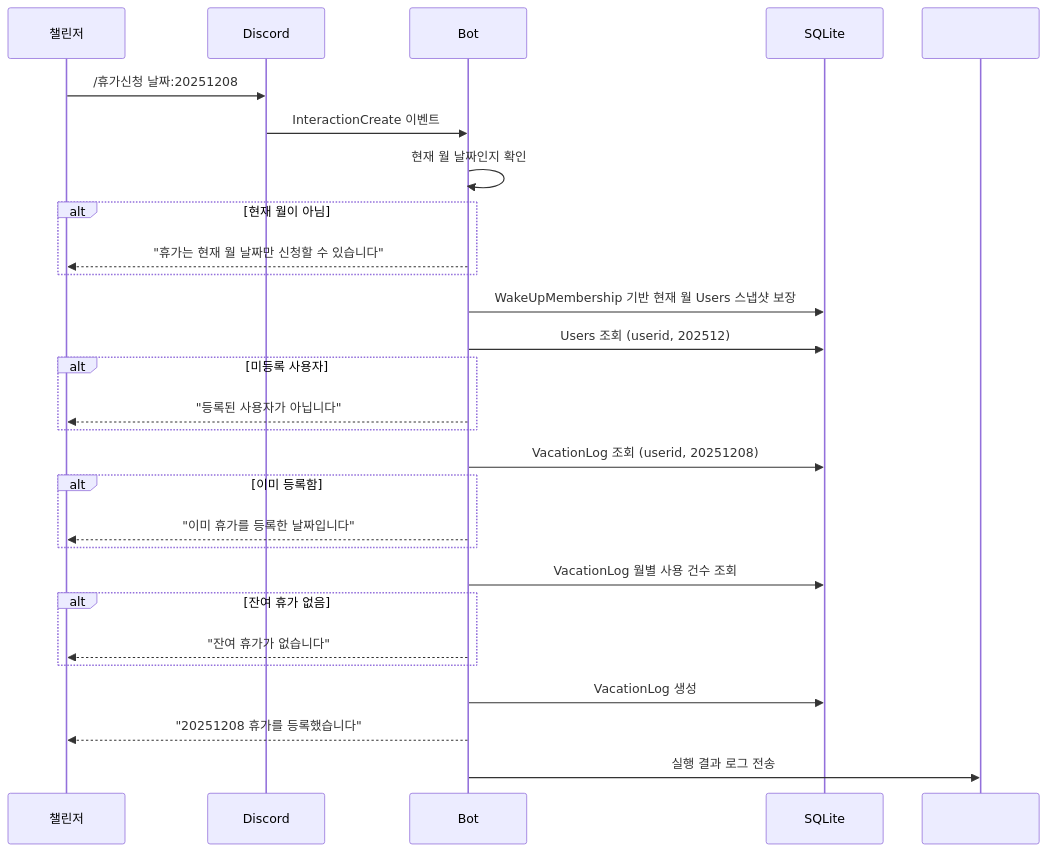
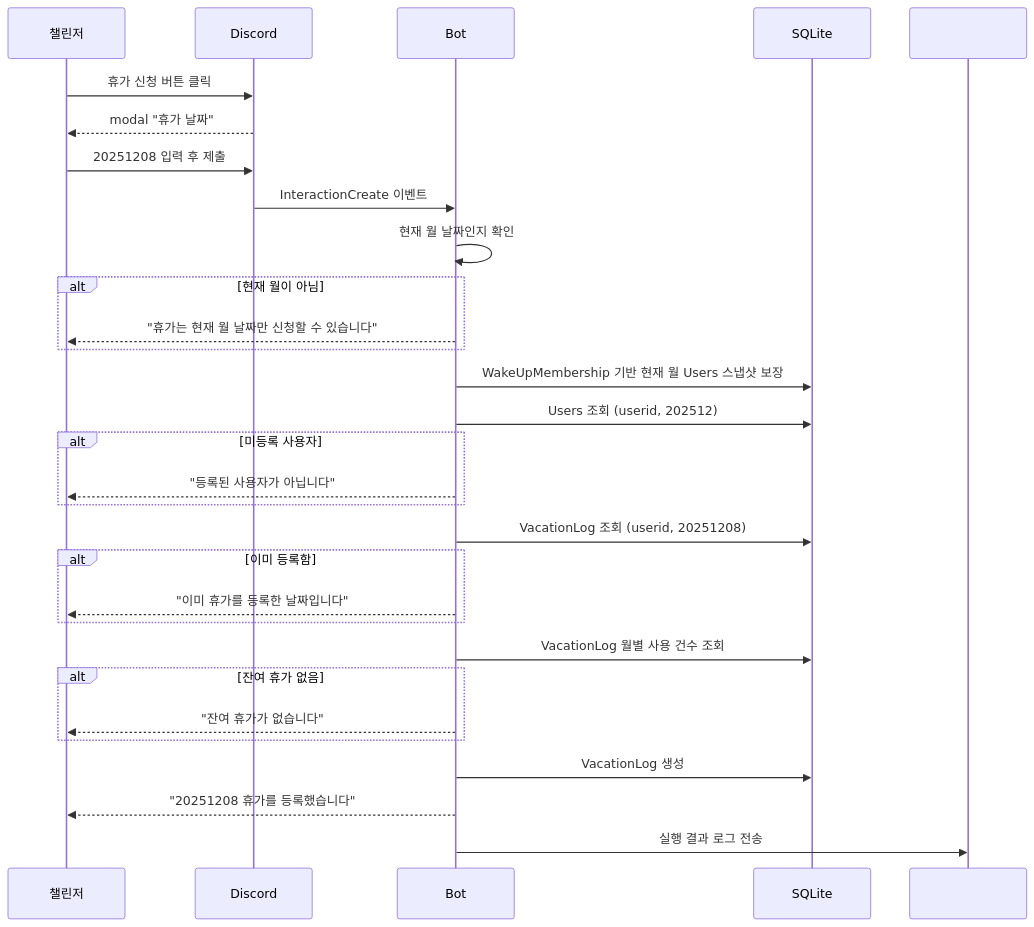
Diagram 19 of 20 in docs/USER_STORIES.md (honki12345/haruharu-discord-bot), drawn with Mermaid before and after one commit. The commit also changed other lines of this file and 11 other files, not shown here.

````diff
--- a/docs/USER_STORIES.md
+++ b/docs/USER_STORIES.md
@@ -873,36 +880,38 @@
 ```mermaid
 sequenceDiagram
     participant U as 챌린저
     participant D as Discord
     participant B as Bot
     participant DB as SQLite
     participant T as #test
 
-    U->>D: /휴가신청 날짜:20251208
+    U->>D: 휴가 신청 버튼 클릭
+    D-->>U: modal "휴가 날짜"
+    U->>D: 20251208 입력 후 제출
     D->>B: InteractionCreate 이벤트
 
     B->>B: 현재 월 날짜인지 확인
     alt 현재 월이 아님
         B-->>U: "휴가는 현재 월 날짜만 신청할 수 있습니다"
     end
 
     B->>DB: WakeUpMembership 기반 현재 월 Users 스냅샷 보장
     B->>DB: Users 조회 (userid, 202512)
     alt 미등록 사용자
         B-->>U: "등록된 사용자가 아닙니다"
     end
 
     B->>DB: VacationLog 조회 (userid, 20251208)
     alt 이미 등록함
         B-->>U: "이미 휴가를 등록한 날짜입니다"
     end
 
     B->>DB: VacationLog 월별 사용 건수 조회
     alt 잔여 휴가 없음
         B-->>U: "잔여 휴가가 없습니다"
     end
 
     B->>DB: VacationLog 생성
     B-->>U: "20251208 휴가를 등록했습니다"
     B->>T: 실행 결과 로그 전송
 ```
````
